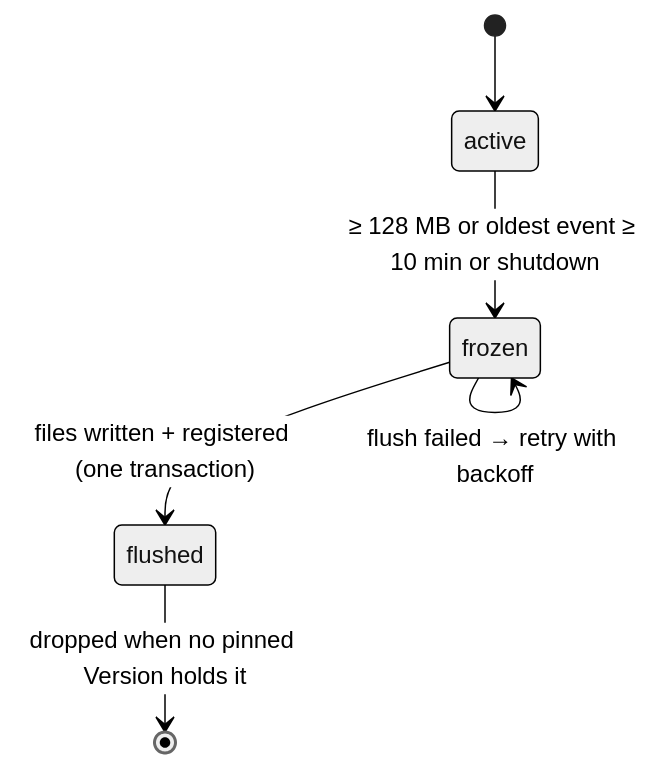
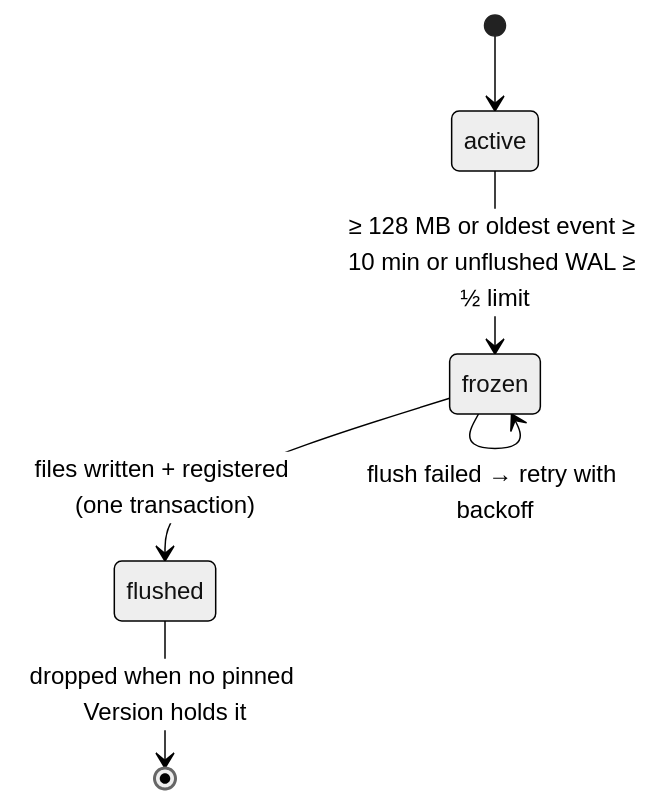
One commit to liukai/smithling changed the second of 3 diagrams in specs/002-m2-durable-storage-query-builder/data-model.md. Above: the diagram before and after it, drawn with Mermaid (neutral theme). The commit also changed other lines of this file and 27 other files, not shown here.

````diff
--- a/specs/002-m2-durable-storage-query-builder/data-model.md
+++ b/specs/002-m2-durable-storage-query-builder/data-model.md
@@ -163,8 +170,8 @@
 ```mermaid
 stateDiagram-v2
     [*] --> active
-    active --> frozen: ≥ 128 MB or oldest event ≥ 10 min or shutdown
+    active --> frozen: ≥ 128 MB or oldest event ≥ 10 min or unflushed WAL ≥ ½ limit
     frozen --> flushed: files written + registered (one transaction)
     flushed --> [*]: dropped when no pinned Version holds it
     frozen --> frozen: flush failed → retry with backoff
 ```
````
